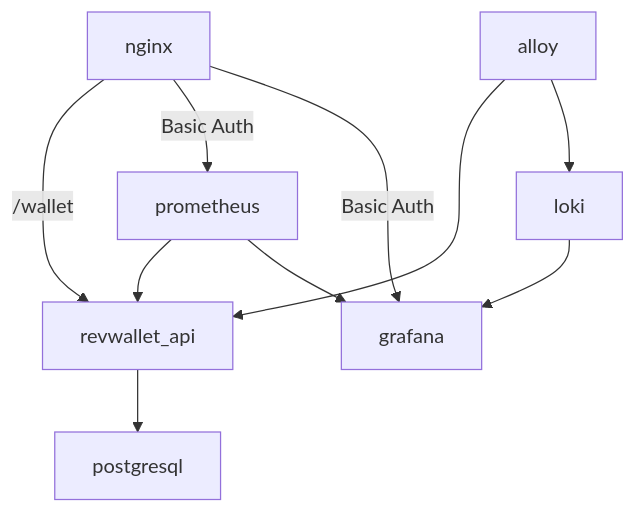
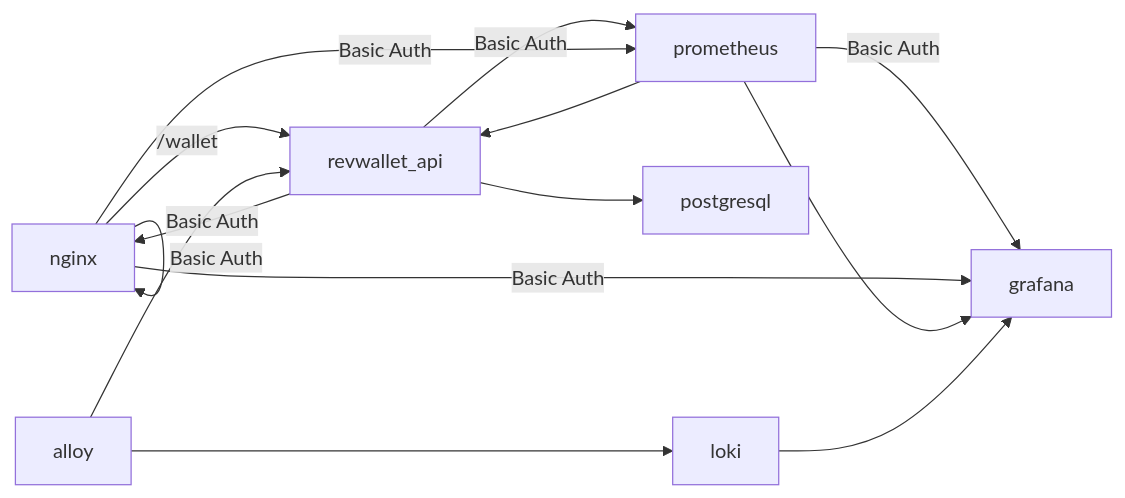
The diagram in README.md (arthurjguerra/revwallet), drawn with Mermaid before and after one commit.

Commit message:
feat: add arch diagram

````diff
--- a/README.md
+++ b/README.md
@@ -6,12 +6,10 @@
 ```mermaid
-flowchart TB
-  nginx -- /wallet --> revwallet_api
-  nginx -- Basic Auth --> prometheus
-  nginx -- Basic Auth --> grafana
+flowchart LR
+  nginx -- /wallet --> revwallet_api & nginx -- Basic Auth --> prometheus & nginx -- Basic Auth --> grafana
   revwallet_api --> postgresql
   prometheus --> revwallet_api
   prometheus --> grafana
   loki --> grafana
   alloy --> revwallet_api
   alloy --> loki
 ```
````
